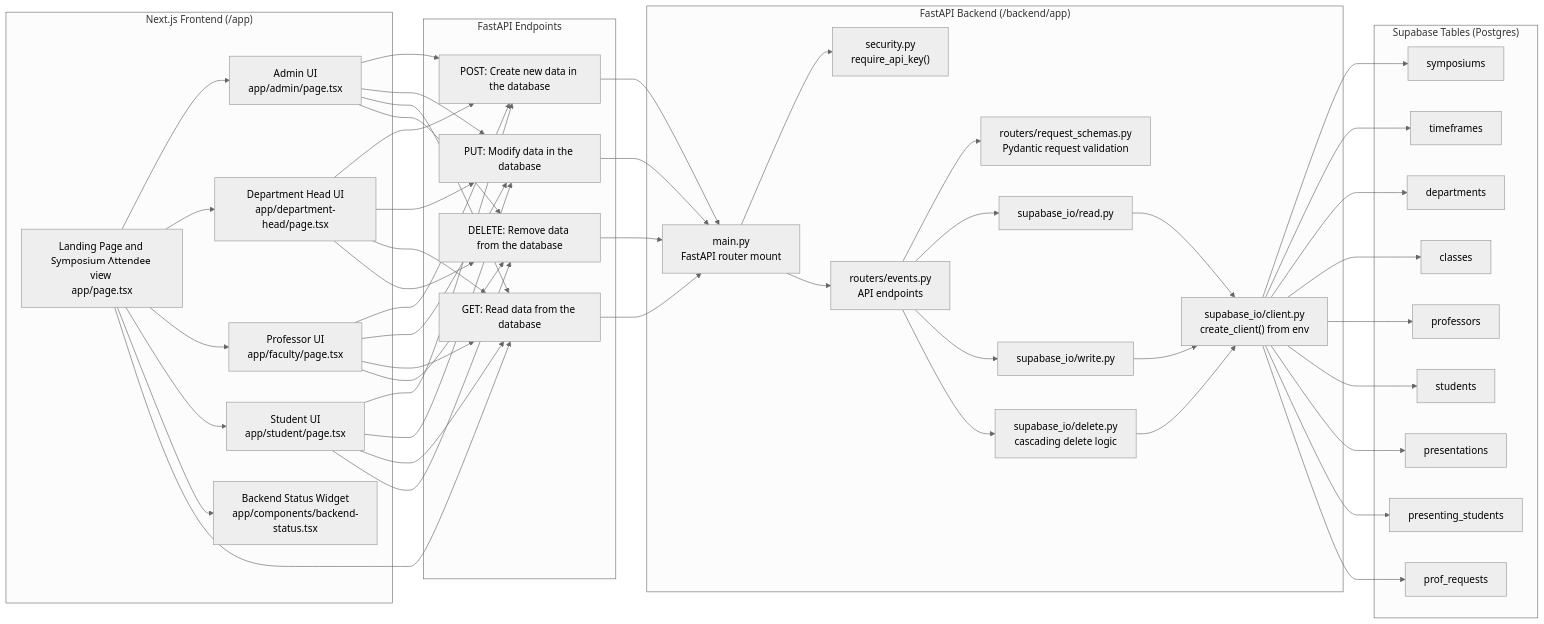
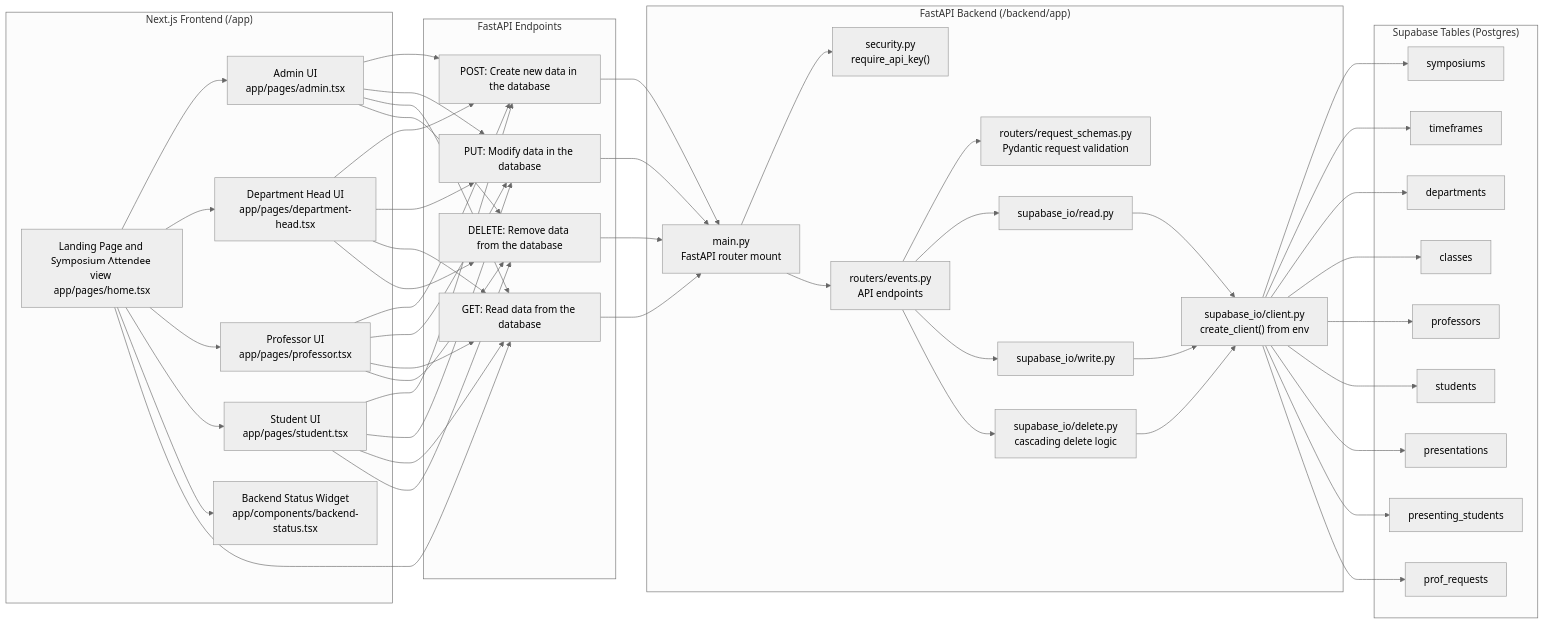
The diagram in docs/structural_diagram_old.md (occscheduler-blip/conference-scheduler), drawn with Mermaid (neutral theme) before and after one commit. The commit also changed other lines of this file and 16 other files, not shown here.

```diff
--- a/docs/structural_diagram_old.md
+++ b/docs/structural_diagram_old.md
@@ -4,11 +4,11 @@
 flowchart LR
 
   subgraph FE["Next.js Frontend (/app)"]
-    User["Landing Page and Symposium Attendee view <br/>app/page.tsx"]
-    Admin["Admin UI<br/>app/admin/page.tsx"]
-    DeptHead["Department Head UI<br/>app/department-head/page.tsx"]
-    Professor["Professor UI<br/>app/faculty/page.tsx"]
-    Student["Student UI<br/>app/student/page.tsx"]
+    User["Landing Page and Symposium Attendee view <br/>app/pages/home.tsx"]
+    Admin["Admin UI<br/>app/pages/admin.tsx"]
+    DeptHead["Department Head UI<br/>app/pages/department-head.tsx"]
+    Professor["Professor UI<br/>app/pages/professor.tsx"]
+    Student["Student UI<br/>app/pages/student.tsx"]
     HealthWidget["Backend Status Widget<br/>app/components/backend-status.tsx"]
   end
 
```
